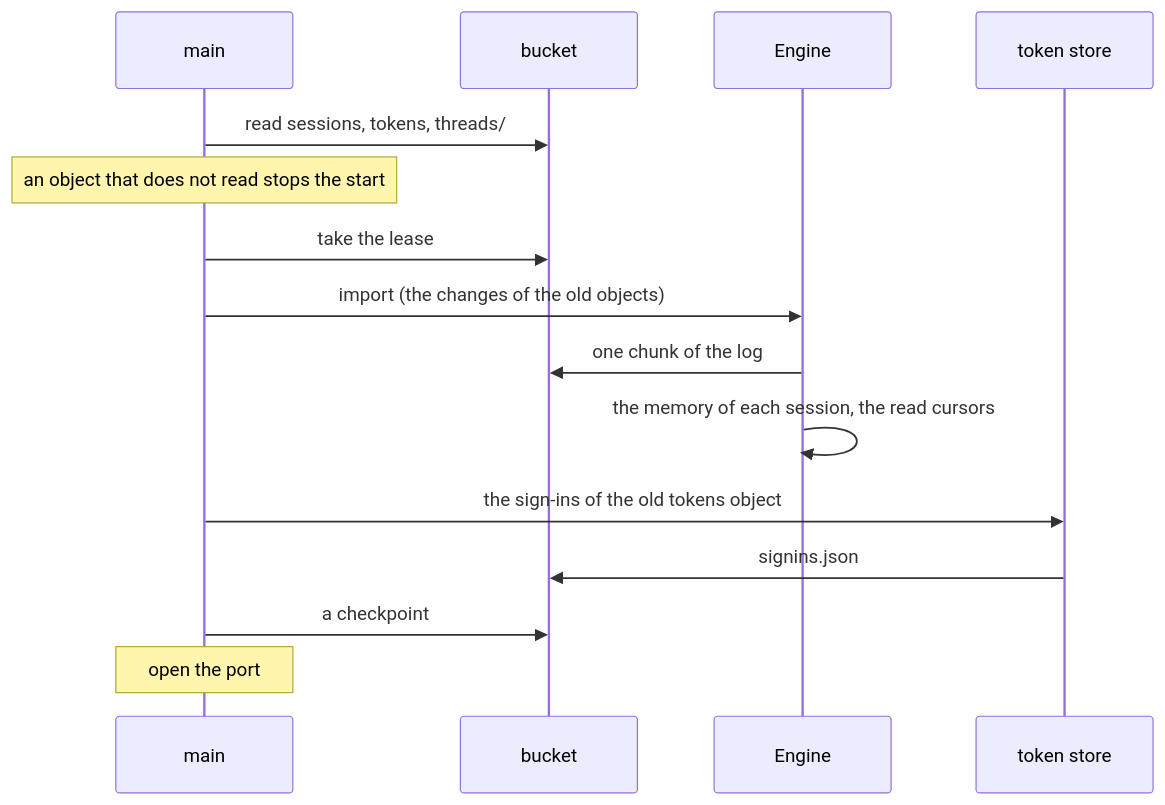
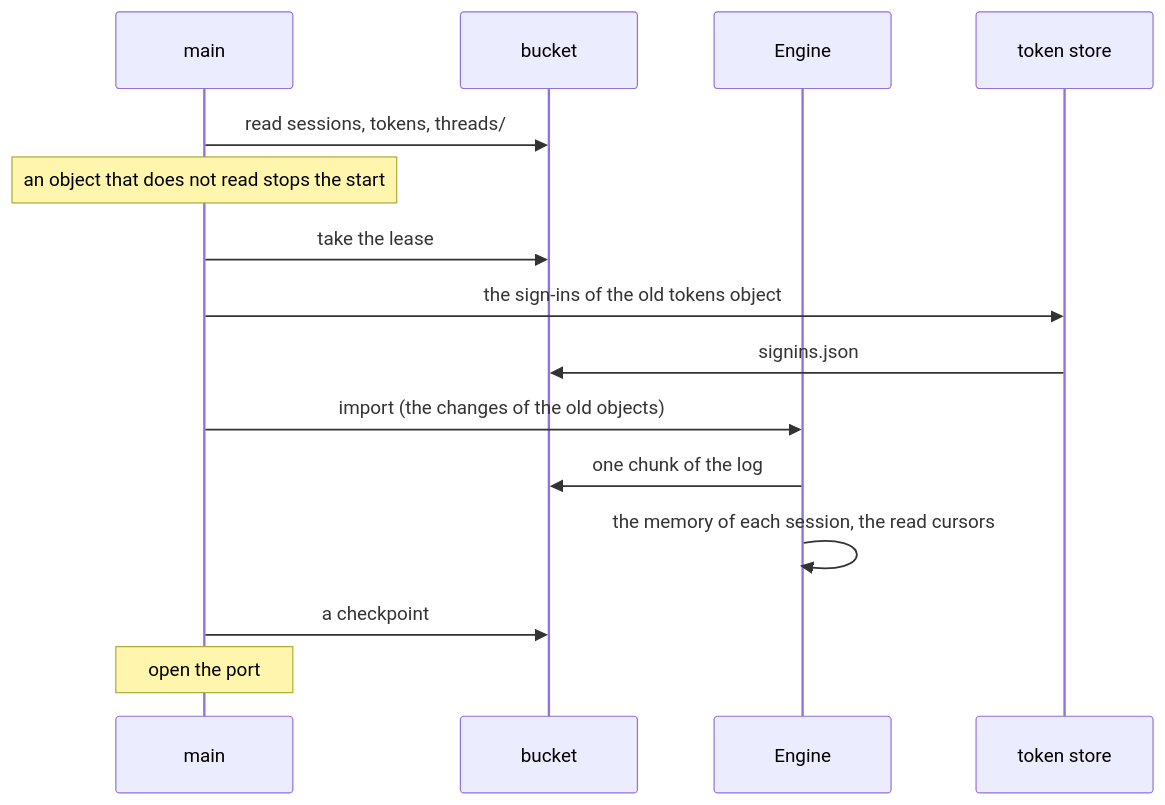
Before and after one commit to como-technologies/riff: the sixth of 6 diagrams in docs/src/design-engine.md, drawn with Mermaid. The commit also changed other lines of this file and 2 other files, not shown here.

Commit message:
WIP: the import saves the sign-ins before the log

````diff
--- a/docs/src/design-engine.md
+++ b/docs/src/design-engine.md
@@ -981,17 +981,17 @@
 ```mermaid
 sequenceDiagram
     participant M as main
     participant B as bucket
     participant E as Engine
     participant T as token store
     M->>B: read sessions, tokens, threads/
     Note over M: an object that does not read stops the start
     M->>B: take the lease
+    M->>T: the sign-ins of the old tokens object
+    T->>B: signins.json
     M->>E: import (the changes of the old objects)
     E->>B: one chunk of the log
     E->>E: the memory of each session, the read cursors
-    M->>T: the sign-ins of the old tokens object
-    T->>B: signins.json
     M->>B: a checkpoint
     Note over M: open the port
 ```
````
